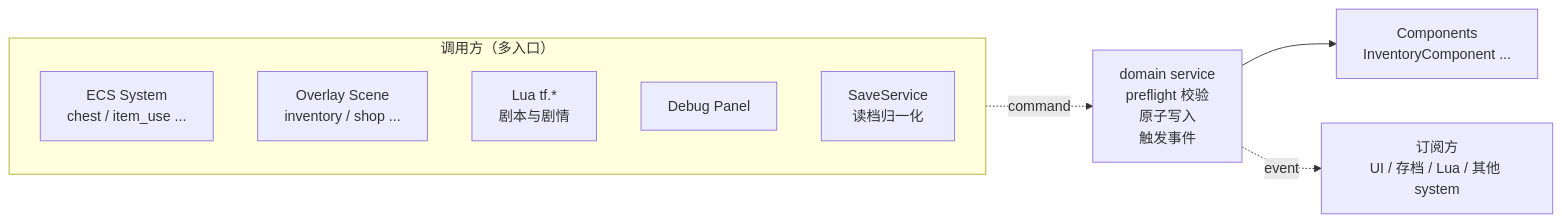
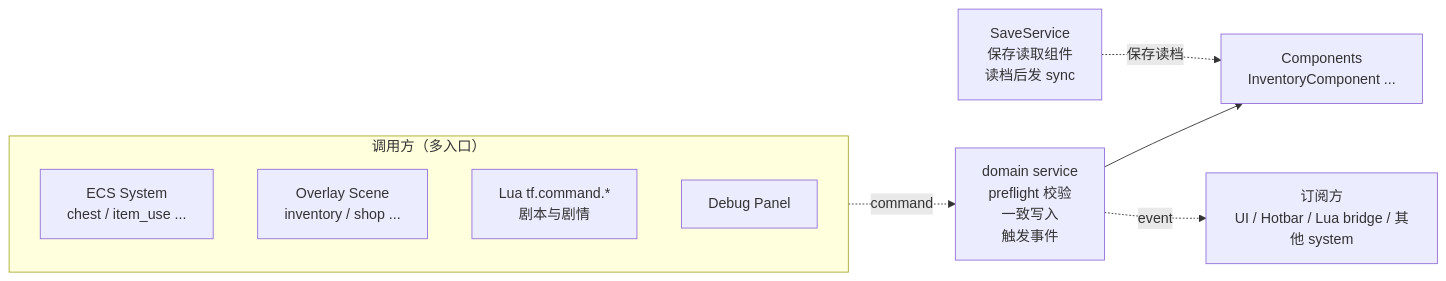
The first of 3 diagrams in lecture_plans/lectures/02-领域服务与命令事件边界.md (WispSnow/TinyFarmRPG), drawn with Mermaid before and after one commit. The commit also changed other lines of this file and 3 other files, not shown here.

````diff
--- a/lecture_plans/lectures/02-领域服务与命令事件边界.md
+++ b/lecture_plans/lectures/02-领域服务与命令事件边界.md
@@ -35,14 +35,14 @@
 ```mermaid
 flowchart LR
     subgraph SRC["调用方（多入口）"]
         SYS["ECS System<br/>chest / item_use ..."]
         UI["Overlay Scene<br/>inventory / shop ..."]
-        LUA["Lua tf.*<br/>剧本与剧情"]
+        LUA["Lua tf.command.*<br/>剧本与剧情"]
         DBG["Debug Panel"]
-        SAVE["SaveService<br/>读档归一化"]
     end
 
-    SRC -.command.-> DOM["domain service<br/>preflight 校验<br/>原子写入<br/>触发事件"]
+    SRC -.command.-> DOM["domain service<br/>preflight 校验<br/>一致写入<br/>触发事件"]
     DOM --> COMP["Components<br/>InventoryComponent ..."]
-    DOM -.event.-> SUB["订阅方<br/>UI / 存档 / Lua / 其他 system"]
+    DOM -.event.-> SUB["订阅方<br/>UI / Hotbar / Lua bridge / 其他 system"]
+    SAVE["SaveService<br/>保存读取组件<br/>读档后发 sync"] -.保存读档.-> COMP
 ```
````
